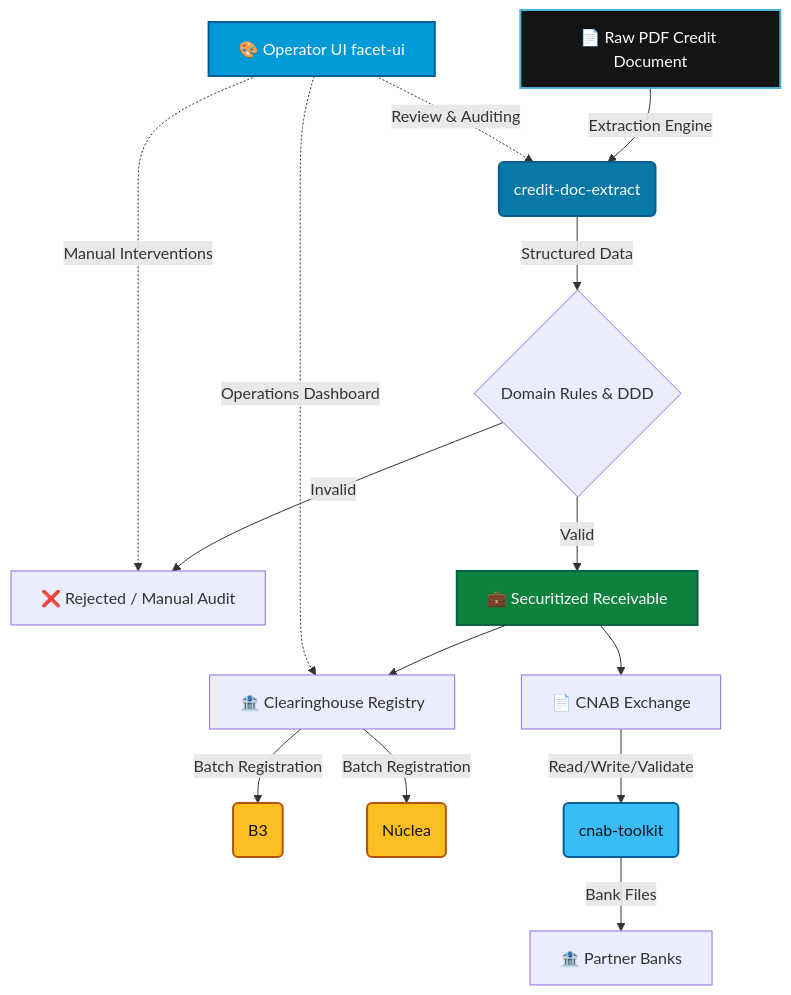
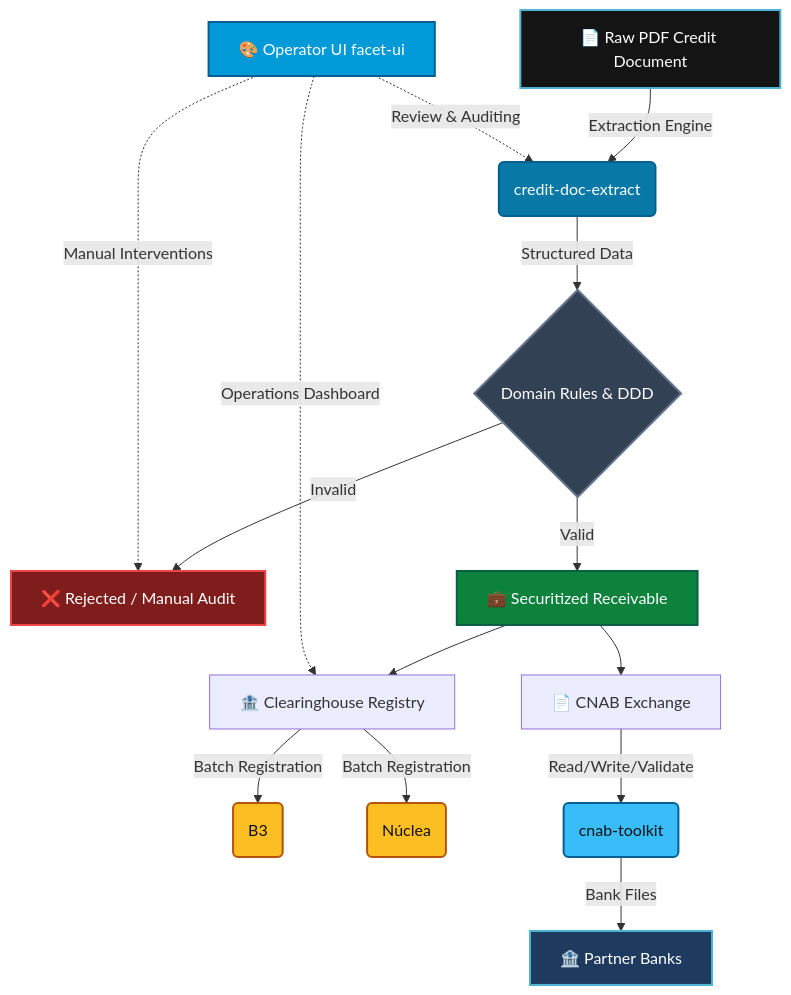
One commit to carlosvoliv/carlosvoliv changed the diagram in README.md. Above: the diagram before and after it, drawn with Mermaid. The commit also changed other lines of this file, not shown here.

Commit message:
README: stack em badges markdown (fix mobile), streak com picture light/dark, mermaid 100% estilizado

````diff
--- a/README.md
+++ b/README.md
@@ -38,26 +38,29 @@
 ```mermaid
 graph TD
     A[📄 Raw PDF Credit Document] -->|Extraction Engine| B(credit-doc-extract)
     B -->|Structured Data| C{Domain Rules & DDD}
     C -->|Invalid| D[❌ Rejected / Manual Audit]
     C -->|Valid| E[💼 Securitized Receivable]
     E --> F[🏦 Clearinghouse Registry]
     F -->|Batch Registration| F1(B3)
     F -->|Batch Registration| F2(Núclea)
     E --> G[📄 CNAB Exchange]
     G -->|Read/Write/Validate| G1(cnab-toolkit)
     G1 -->|Bank Files| H[🏦 Partner Banks]
     
     %% UI Layer
     I[🎨 Operator UI facet-ui] -.->|Review & Auditing| B
     I -.->|Operations Dashboard| F
     I -.->|Manual Interventions| D
 
     style A fill:#141414,stroke:#4db3d4,stroke-width:2px,color:#fff
     style B fill:#0878A6,stroke:#065e91,stroke-width:2px,color:#fff
+    style C fill:#334155,stroke:#64748b,stroke-width:2px,color:#fff
+    style D fill:#7f1d1d,stroke:#ef4444,stroke-width:2px,color:#fff
     style E fill:#0d823c,stroke:#065f46,stroke-width:2px,color:#fff
     style I fill:#019ad8,stroke:#065e91,stroke-width:2px,color:#fff
     style F1 fill:#fbbf24,stroke:#b45309,stroke-width:2px,color:#111
     style F2 fill:#fbbf24,stroke:#b45309,stroke-width:2px,color:#111
     style G1 fill:#38bdf8,stroke:#065e91,stroke-width:2px,color:#111
+    style H fill:#1e3a5f,stroke:#4db3d4,stroke-width:2px,color:#fff
 ```
````
